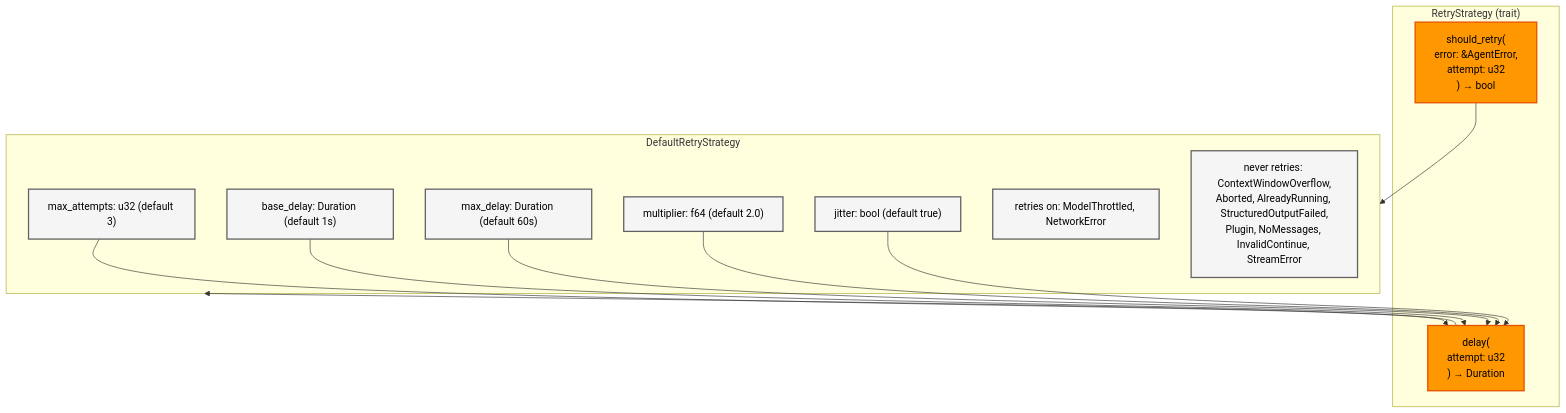
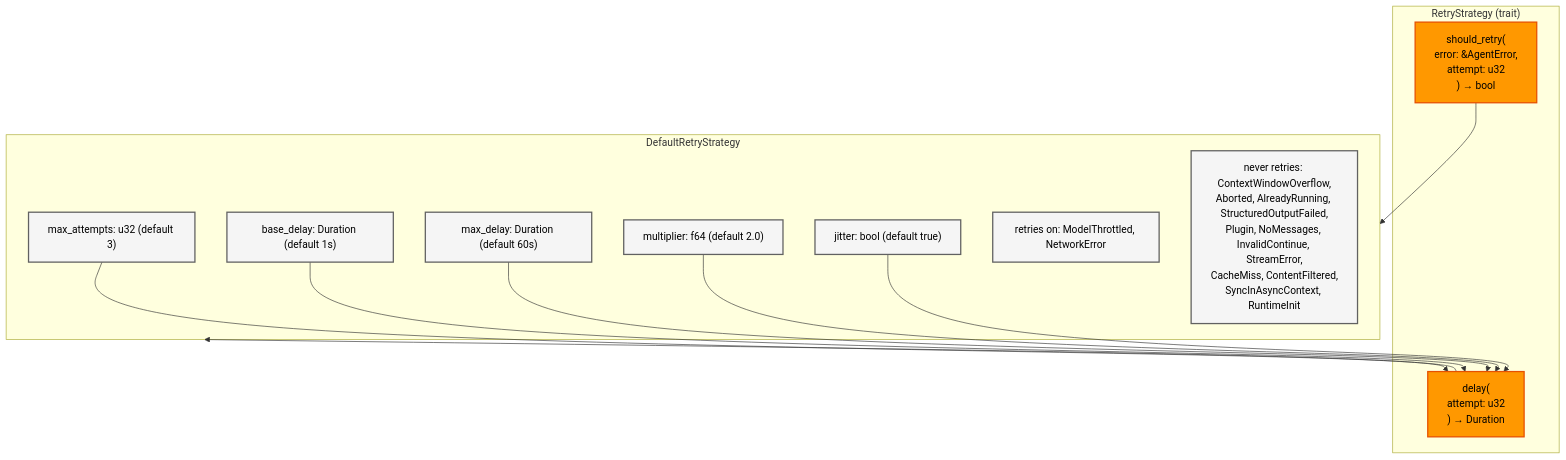
The third of 5 diagrams in docs/architecture/error-handling/README.md (SuperSwinkAI/Swink-Agent), drawn with Mermaid before and after one commit. The commit also changed other lines of this file and 21 other files, not shown here.

````diff
--- a/docs/architecture/error-handling/README.md
+++ b/docs/architecture/error-handling/README.md
@@ -121,31 +133,31 @@
 ```mermaid
 flowchart TB
     subgraph Trait["RetryStrategy (trait)"]
         ShouldRetry["should_retry(<br/>  error: &AgentError,<br/>  attempt: u32<br/>) → bool"]
         Delay["delay(<br/>  attempt: u32<br/>) → Duration"]
     end
 
     subgraph Default["DefaultRetryStrategy"]
         MaxAttempts["max_attempts: u32 (default 3)"]
         BaseDelay["base_delay: Duration (default 1s)"]
         MaxDelay["max_delay: Duration (default 60s)"]
         Multiplier["multiplier: f64 (default 2.0)"]
         Jitter["jitter: bool (default true)"]
         RetryOn["retries on: ModelThrottled, NetworkError"]
-        NeverOn["never retries: ContextWindowOverflow,<br/>Aborted, AlreadyRunning, StructuredOutputFailed,<br/>Plugin, NoMessages, InvalidContinue, StreamError"]
+        NeverOn["never retries: ContextWindowOverflow,<br/>Aborted, AlreadyRunning, StructuredOutputFailed,<br/>Plugin, NoMessages, InvalidContinue, StreamError,<br/>CacheMiss, ContentFiltered,<br/>SyncInAsyncContext, RuntimeInit"]
     end
 
     ShouldRetry --> Default
     Delay --> Default
     MaxAttempts --> Delay
     BaseDelay --> Delay
     MaxDelay --> Delay
     Multiplier --> Delay
     Jitter --> Delay
 
     classDef traitStyle fill:#ff9800,stroke:#e65100,stroke-width:2px,color:#000
     classDef defaultStyle fill:#f5f5f5,stroke:#616161,stroke-width:2px,color:#000
 
     class ShouldRetry,Delay traitStyle
     class MaxAttempts,BaseDelay,MaxDelay,Multiplier,Jitter,RetryOn,NeverOn defaultStyle
 ```
````
